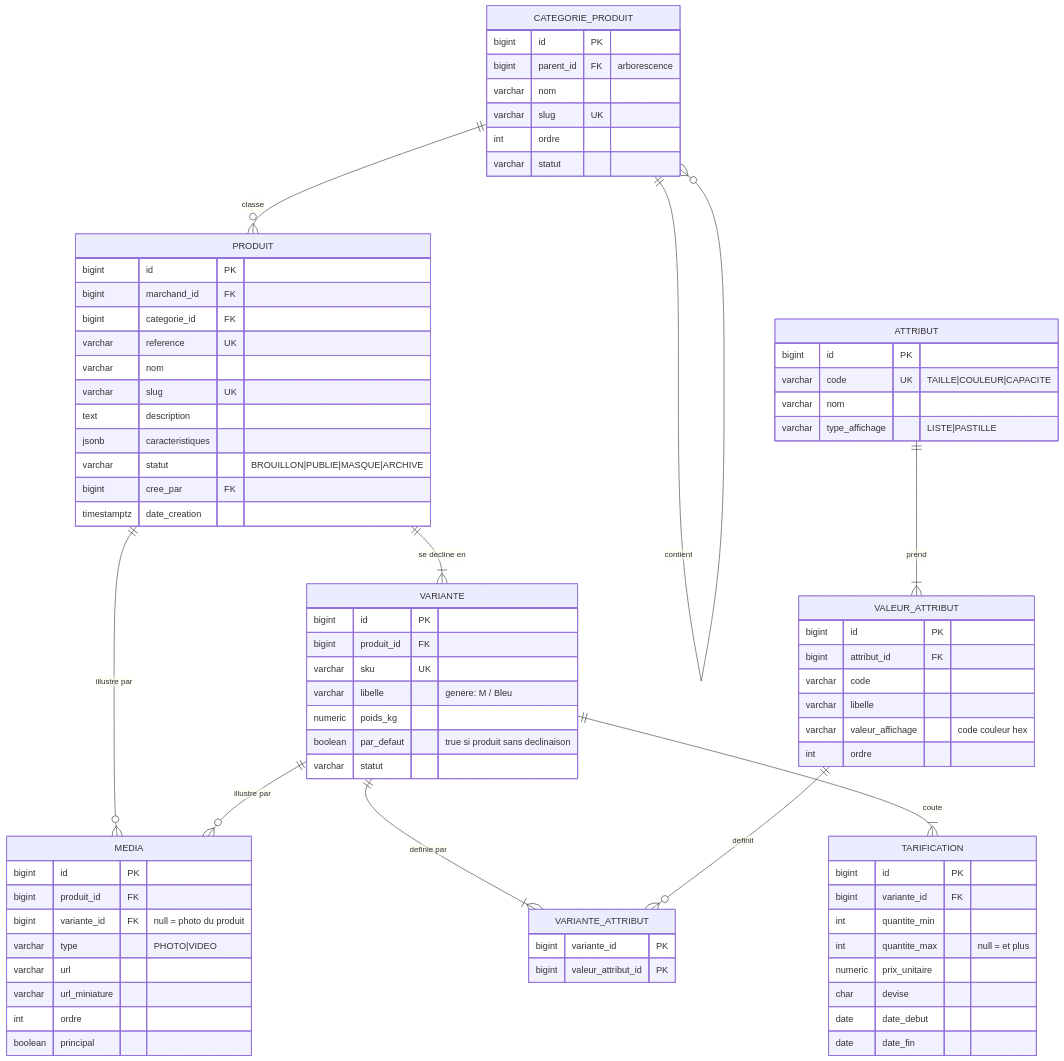
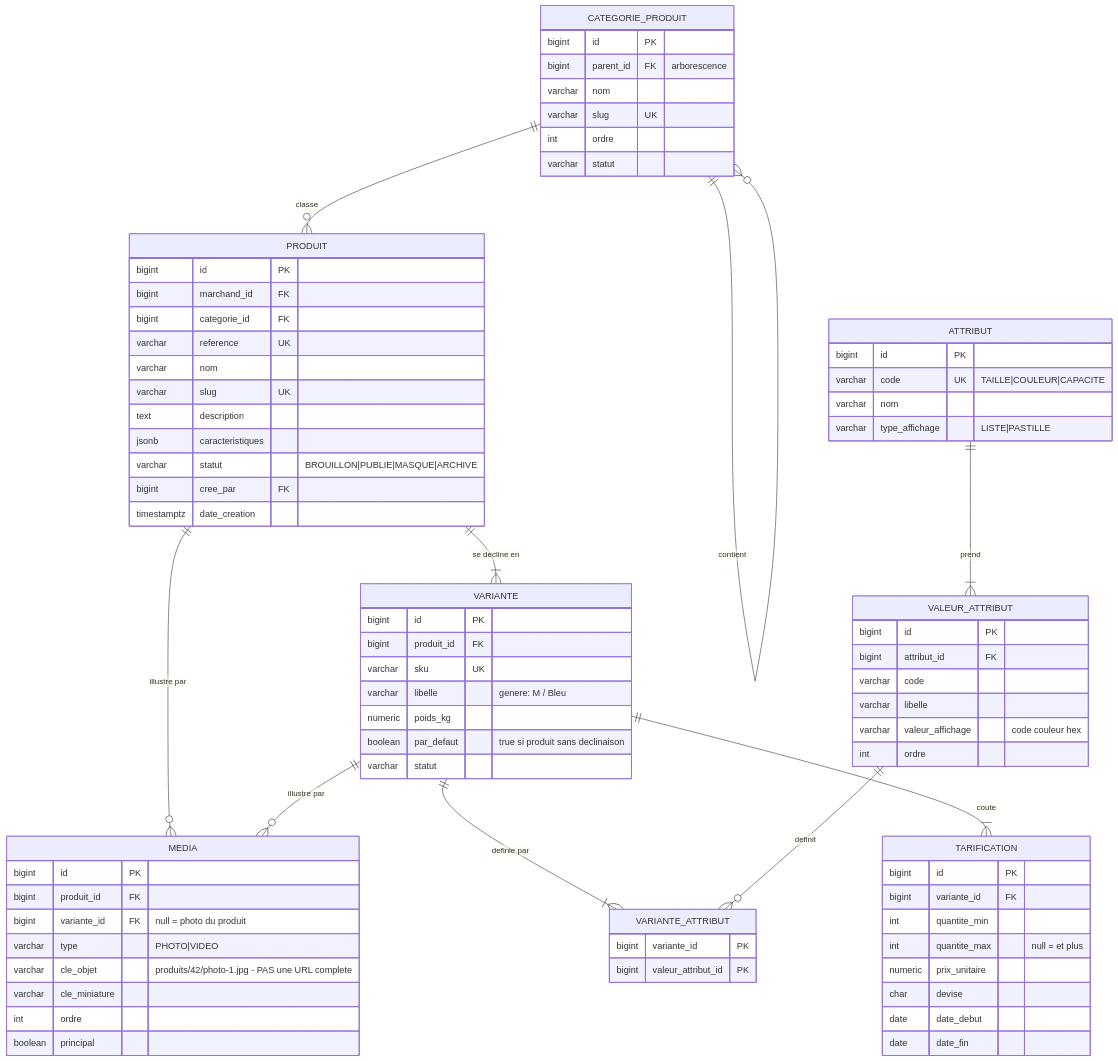
The third of 12 diagrams in docs/cours/03-le-modele-corrige.md (Dominique-BRIA/garah), drawn with Mermaid before and after one commit. The commit also changed other lines of this file and 2 other files, not shown here.

```diff
--- a/docs/cours/03-le-modele-corrige.md
+++ b/docs/cours/03-le-modele-corrige.md
@@ -422,8 +422,8 @@
         bigint produit_id FK
         bigint variante_id FK "null = photo du produit"
         varchar type "PHOTO|VIDEO"
-        varchar url
-        varchar url_miniature
+        varchar cle_objet "produits/42/photo-1.jpg - PAS une URL complete"
+        varchar cle_miniature
         int ordre
         boolean principal
     }
```
